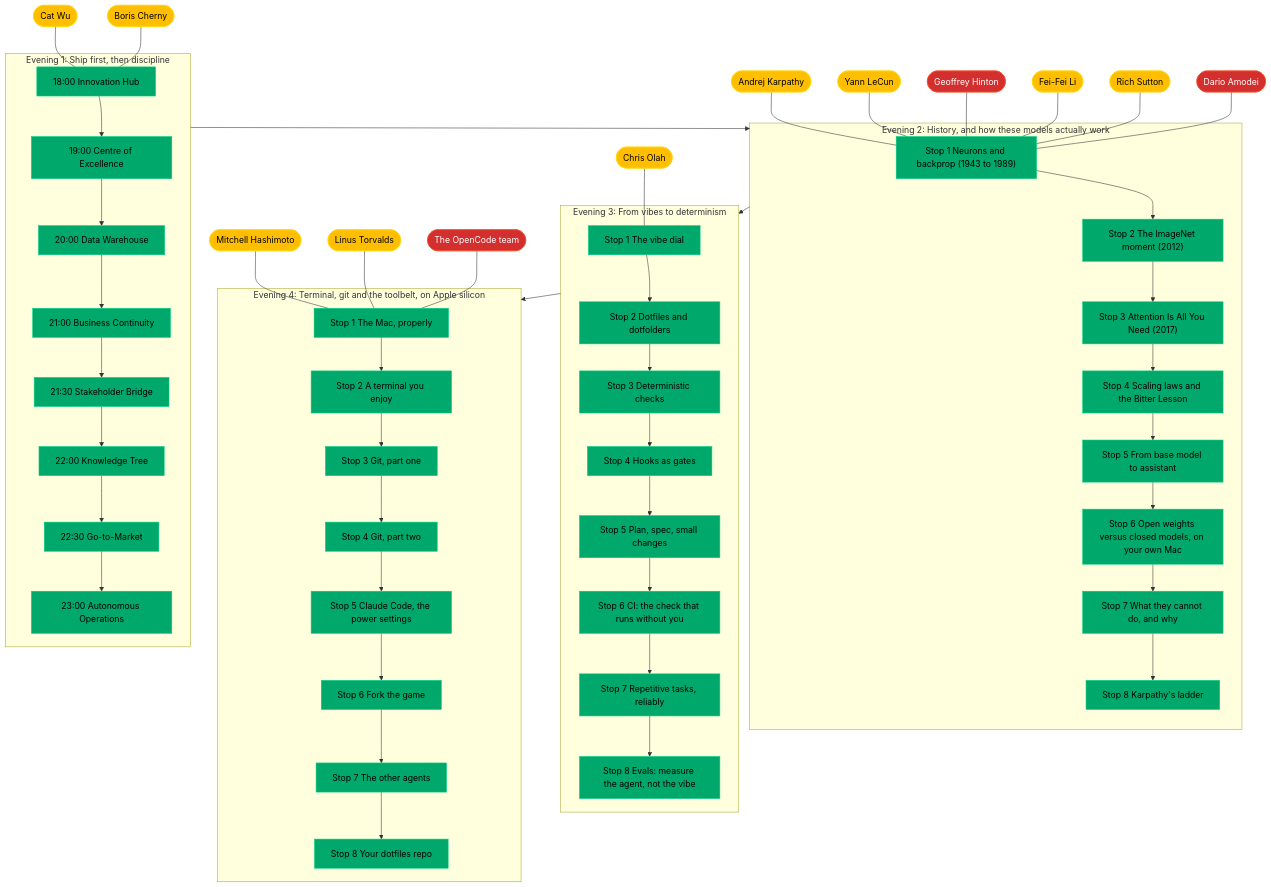
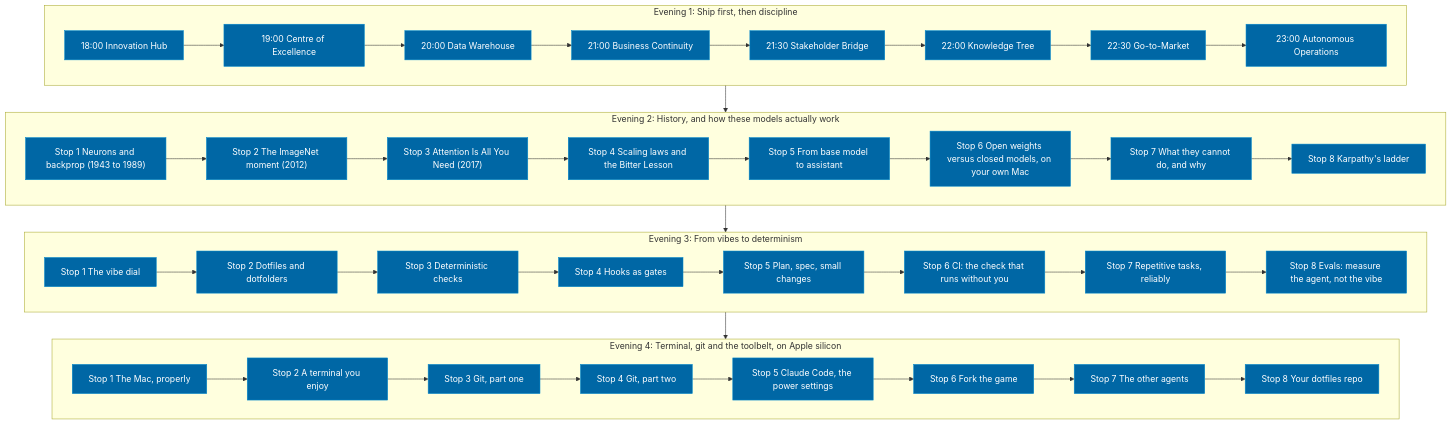
One commit to tpetedb/vibe-map-played changed the first of 2 diagrams in vault/Camp/Map.md. Above: the diagram before and after it, drawn with Mermaid. The commit also changed other lines of this file and 251 other files, not shown here.

```diff
--- a/vault/Camp/Map.md
+++ b/vault/Camp/Map.md
@@ -56,46 +57,10 @@
   E0 --> E1
   E1 --> E2
   E2 --> E3
-  class c0,c1,c2,c3,c4,c5,c6,c7 done
-  class w0,w1,w2,w3,w4,w5,w6,w7 done
-  class d0,d1,d2,d3,d4,d5,d6,d7 done
-  class p0,p1,p2,p3,p4,p5,p6,p7 done
-  M_cherny(["Boris Cherny"])
-  M_cherny --- c0
-  class M_cherny deep
-  M_wu(["Cat Wu"])
-  M_wu --- c0
-  class M_wu deep
-  M_karpathy(["Andrej Karpathy"])
-  M_karpathy --- w0
-  class M_karpathy deep
-  M_lecun(["Yann LeCun"])
-  M_lecun --- w0
-  class M_lecun deep
-  M_hinton(["Geoffrey Hinton"])
-  M_hinton --- w0
-  class M_hinton skip
-  M_li(["Fei-Fei Li"])
-  M_li --- w0
-  class M_li deep
-  M_sutton(["Rich Sutton"])
-  M_sutton --- w0
-  class M_sutton deep
-  M_amodei(["Dario Amodei"])
-  M_amodei --- w0
-  class M_amodei skip
-  M_olah(["Chris Olah"])
-  M_olah --- d0
-  class M_olah deep
-  M_hashimoto(["Mitchell Hashimoto"])
-  M_hashimoto --- p0
-  class M_hashimoto deep
-  M_torvalds(["Linus Torvalds"])
-  M_torvalds --- p0
-  class M_torvalds deep
-  M_opencode(["The OpenCode team"])
-  M_opencode --- p0
-  class M_opencode skip
+  class c0,c1,c2,c3,c4,c5,c6,c7 todo
+  class w0,w1,w2,w3,w4,w5,w6,w7 todo
+  class d0,d1,d2,d3,d4,d5,d6,d7 todo
+  class p0,p1,p2,p3,p4,p5,p6,p7 todo
   classDef done fill:#00A86B,stroke:#00D084,color:#000000
   classDef todo fill:#0067A5,stroke:#0088CC,color:#FFFFFF
   classDef deep fill:#FFBF00,stroke:#FFD500,color:#000000
```
